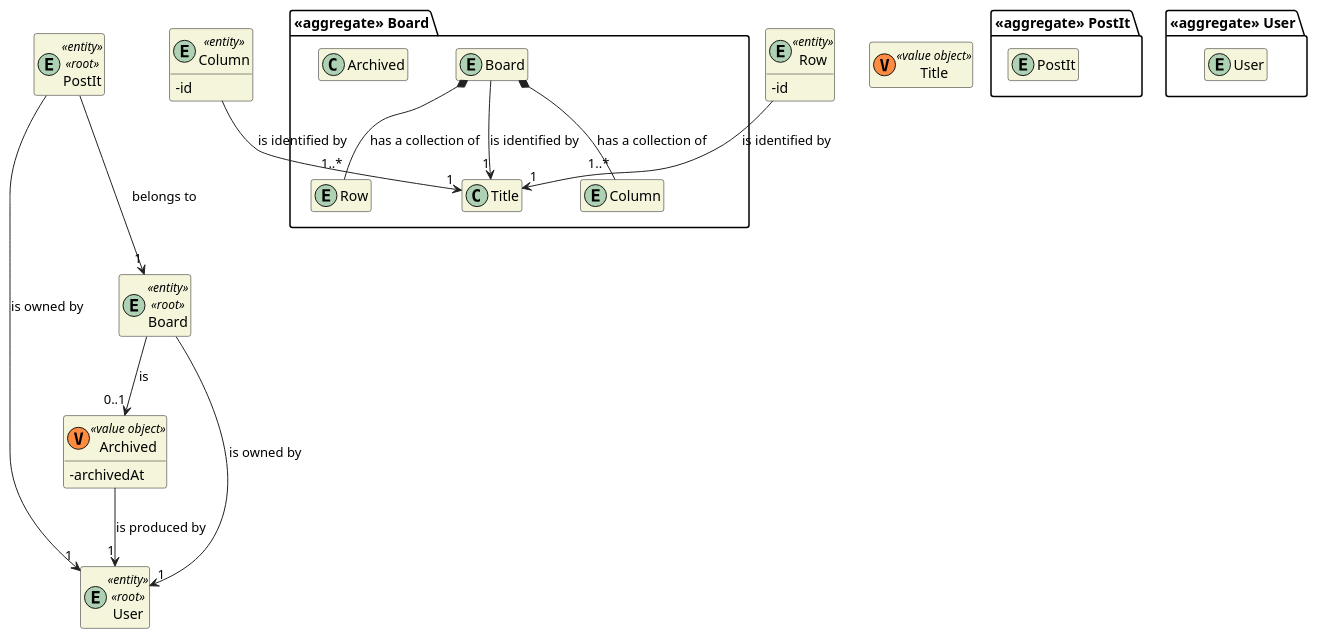
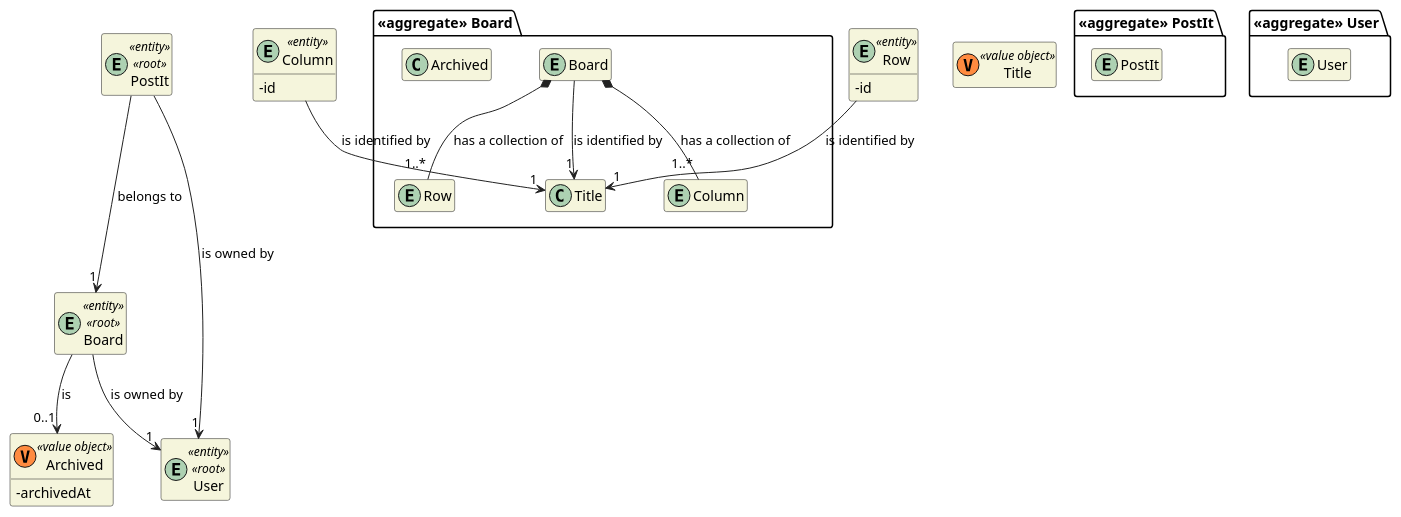
Before and after one commit to miseEnPlace-dev/lapr4: the diagram in docs/DM/DM_Board.puml, drawn with PlantUML.

Commit message:
fix: board dm

```diff
--- a/docs/DM/DM_Board.puml
+++ b/docs/DM/DM_Board.puml
@@ -1,67 +1,65 @@
 @startuml DM-BOARD
 'https://plantuml.com/class-diagram
 
 skinparam classAttributeIconSize 0
 hide empty attributes
 hide empty methods
 skinparam classBackgroundColor beige
 skinparam ArrowColor #222222
 
 package "<<aggregate>> Board" {
     entity Board
 
     class Title
     entity Column
     entity Row
 
     class Archived
 }
 
 package "<<aggregate>> PostIt" {
     entity PostIt
 }
 
 package "<<aggregate>> User" {
     entity User
 }
 
 entity PostIt <<entity>> <<root>> {
 }
 
 entity User <<entity>> <<root>> {
 }
 
 Board --> "1" Title : is identified by
 Board *-- "1..*" Column : has a collection of
 Board *-- "1..*" Row : has a collection of
 
 entity Board <<entity>> <<root>> {
 }
 
 entity Column <<entity>> {
   - id
 }
 
 Column --> "1" Title : is identified by
 
 entity Row <<entity>> {
   - id
 }
 
 Row --> "1" Title : is identified by
 
 class Title <<(V,#FF8B40) value object>> {}
 
 class Archived <<(V,#FF8B40) value object>> {
   - archivedAt
 }
 
 Board --> "1" User : is owned by
 Board --> "0..1" Archived : is
 
-Archived --> "1" User : is produced by
-
 PostIt ---> "1" User : is owned by
 PostIt ---> "1" Board : belongs to
 
 @enduml
```
